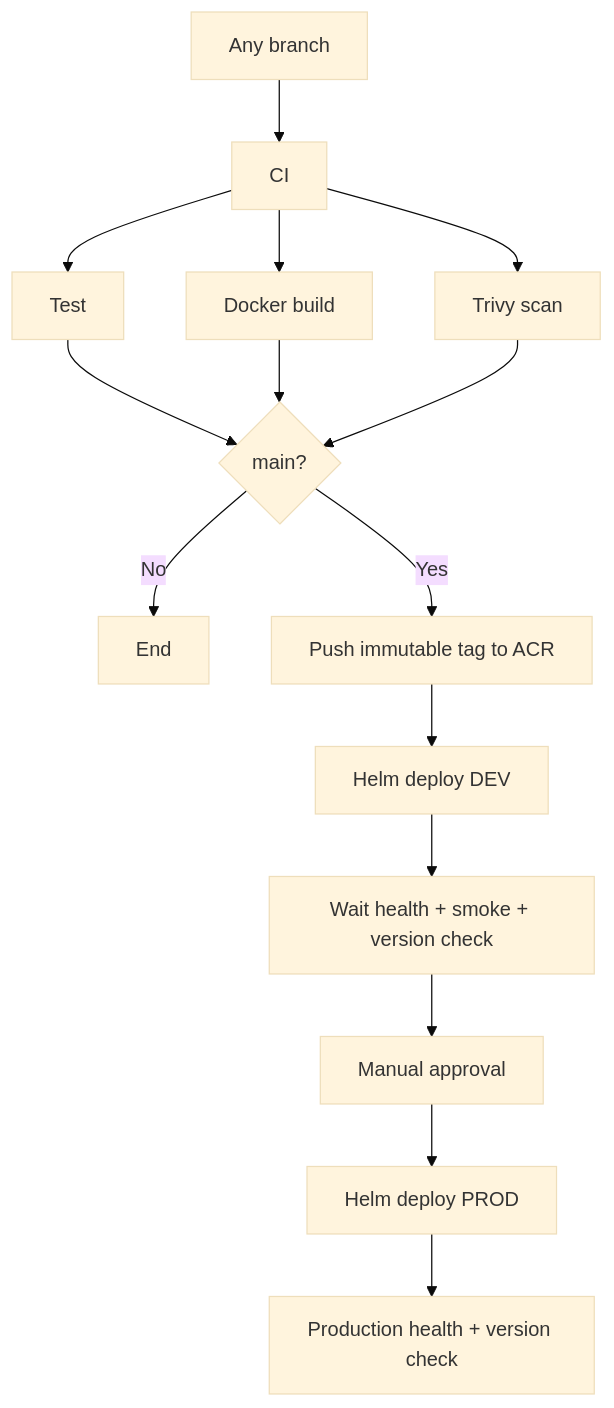
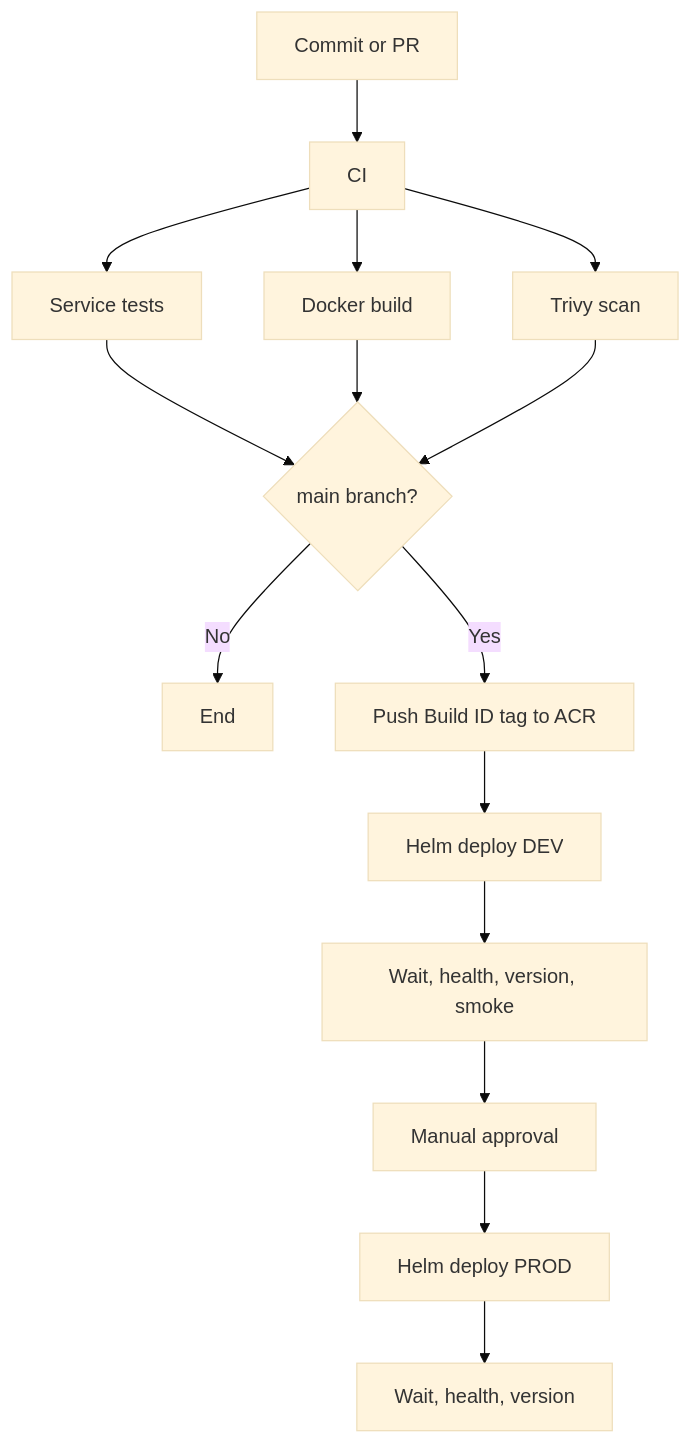
Before and after one commit to Azure-DevOps-E2E/config-management: the diagram in pipelines/README.md, drawn with Mermaid (base theme). The commit also changed other lines of this file and 9 other files, not shown here.

````diff
--- a/pipelines/README.md
+++ b/pipelines/README.md
@@ -19,17 +31,17 @@
 ```mermaid
 flowchart TD
-    A[Any branch] --> CI[CI]
-    CI --> T[Test]
-    CI --> D[Docker build]
+    A[Commit or PR] --> CI[CI]
+    CI --> T[Service tests]
+    CI --> B[Docker build]
     CI --> S[Trivy scan]
-    T --> M{main?}
-    D --> M
+    T --> M{main branch?}
+    B --> M
     S --> M
     M -->|No| E[End]
-    M -->|Yes| P[Push immutable tag to ACR]
+    M -->|Yes| P[Push Build ID tag to ACR]
     P --> DD[Helm deploy DEV]
-    DD --> V[Wait health + smoke + version check]
-    V --> AP[Manual approval]
+    DD --> VD[Wait, health, version, smoke]
+    VD --> AP[Manual approval]
     AP --> DP[Helm deploy PROD]
-    DP --> HP[Production health + version check]
+    DP --> VP[Wait, health, version]
 ```
````
